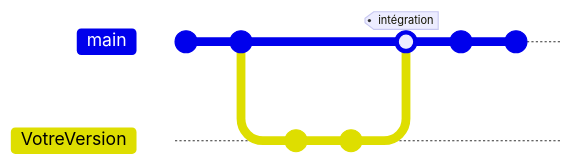
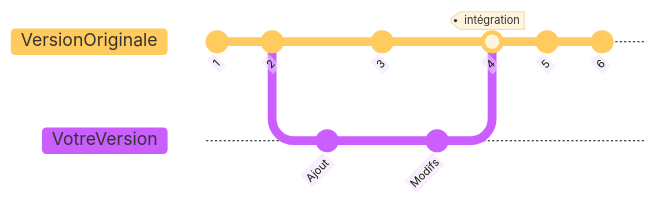
The diagram in xtras/guide-github.md (fxpar/dcg-ue8), drawn with Mermaid before and after one commit. The commit also changed 8 other files, not shown here. Commit ids are hidden.

`````diff
--- a/xtras/guide-github.md
+++ b/xtras/guide-github.md
@@ -14,14 +14,17 @@
 ````mermaid
-
+%%{init: { 'logLevel': 'debug', 'theme': 'base', 'gitGraph': {'showBranches': true, 'showCommitLabel':true,'mainBranchName': 'VersionOriginale'}} }%%
 gitGraph
-    commit
-    commit
+    commit id: "1"
+    commit id: "2"
     branch VotreVersion
     checkout VotreVersion
     commit id: "Ajout"
+    checkout VersionOriginale
+    commit id: "3"
+    checkout VotreVersion
     commit id: "Modifs"
-    checkout main
-    merge VotreVersion tag: "intégration"
-    commit
-    commit
+    checkout VersionOriginale
+    merge VotreVersion id: "4"  tag: "intégration"
+    commit id: "5"
+    commit id: "6"
 ````
`````
